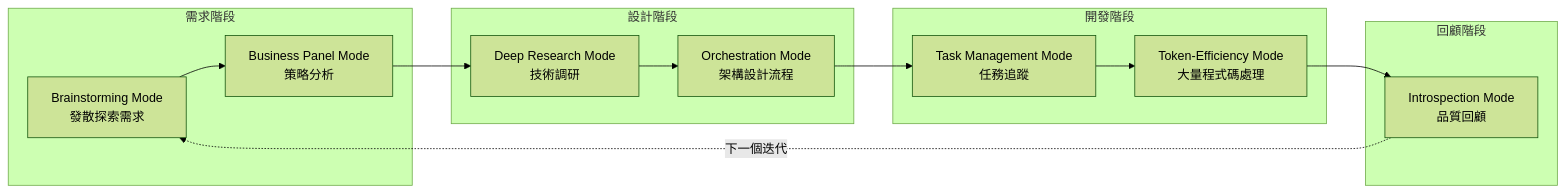
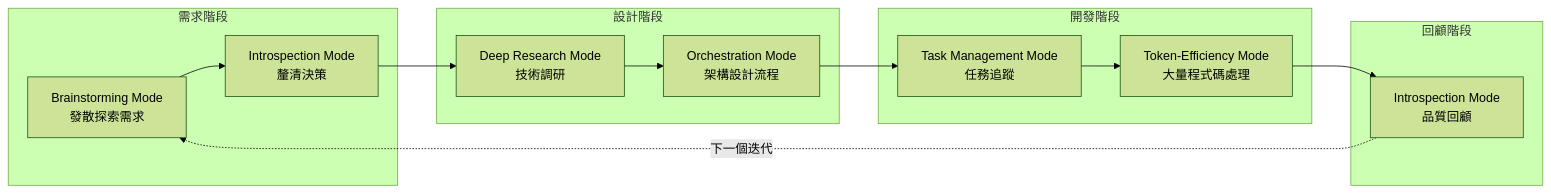
The fifth of 8 diagrams in content/posts/教學/AI開發/SuperClaude Framework生態系教學手冊.md (chihhung/Blog), drawn with Mermaid (forest theme) before and after one commit. The commit also changed other lines of this file and 22 other files, not shown here.

````diff
--- a/content/posts/教學/AI開發/SuperClaude Framework生態系教學手冊.md
+++ b/content/posts/教學/AI開發/SuperClaude Framework生態系教學手冊.md
@@ -2286,24 +2512,24 @@
 ```mermaid
 graph LR
     subgraph "需求階段"
         A[Brainstorming Mode<br>發散探索需求]
-        B[Business Panel Mode<br>策略分析]
+        B[Introspection Mode<br>釐清決策]
     end
     
     subgraph "設計階段"
         C[Deep Research Mode<br>技術調研]
         D[Orchestration Mode<br>架構設計流程]
     end
     
     subgraph "開發階段"
         E[Task Management Mode<br>任務追蹤]
         F[Token-Efficiency Mode<br>大量程式碼處理]
     end
     
     subgraph "回顧階段"
         G[Introspection Mode<br>品質回顧]
     end
     
     A --> B --> C --> D --> E --> F --> G
     G -.->|下一個迭代| A
 ```
````
